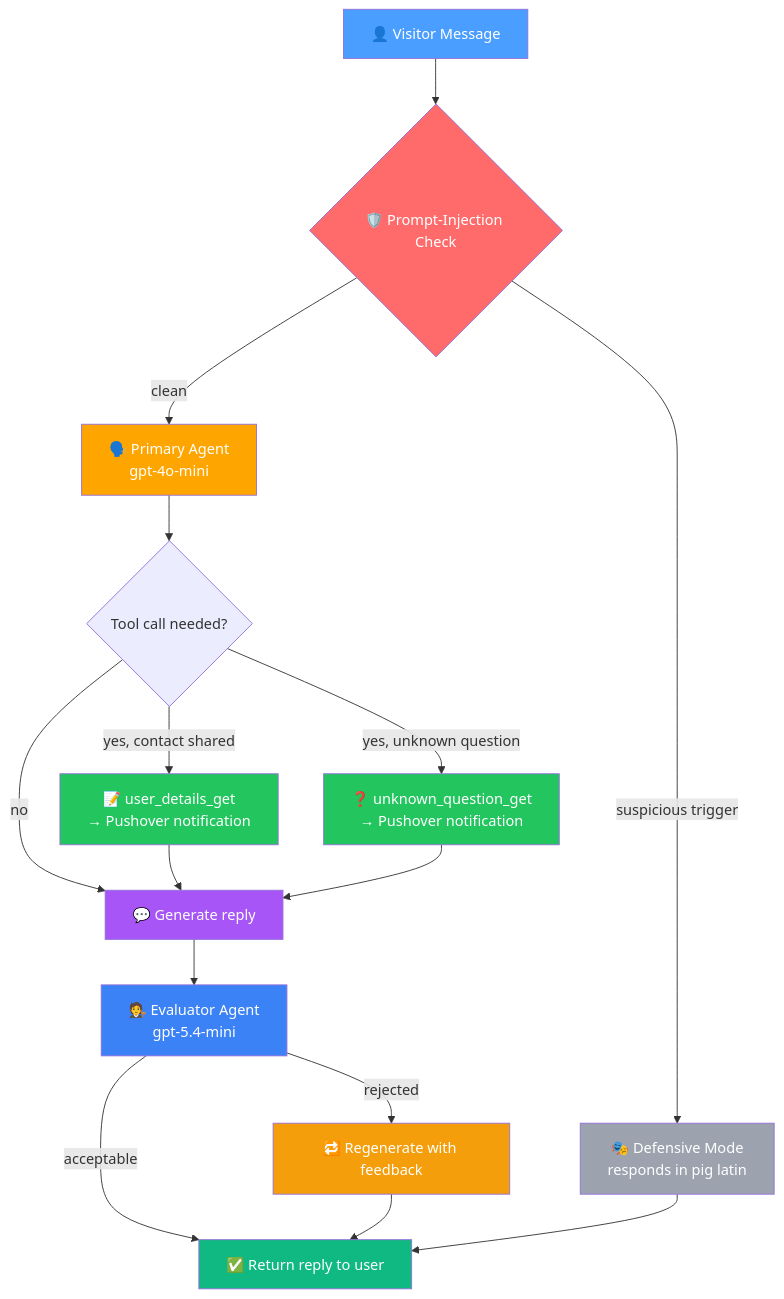
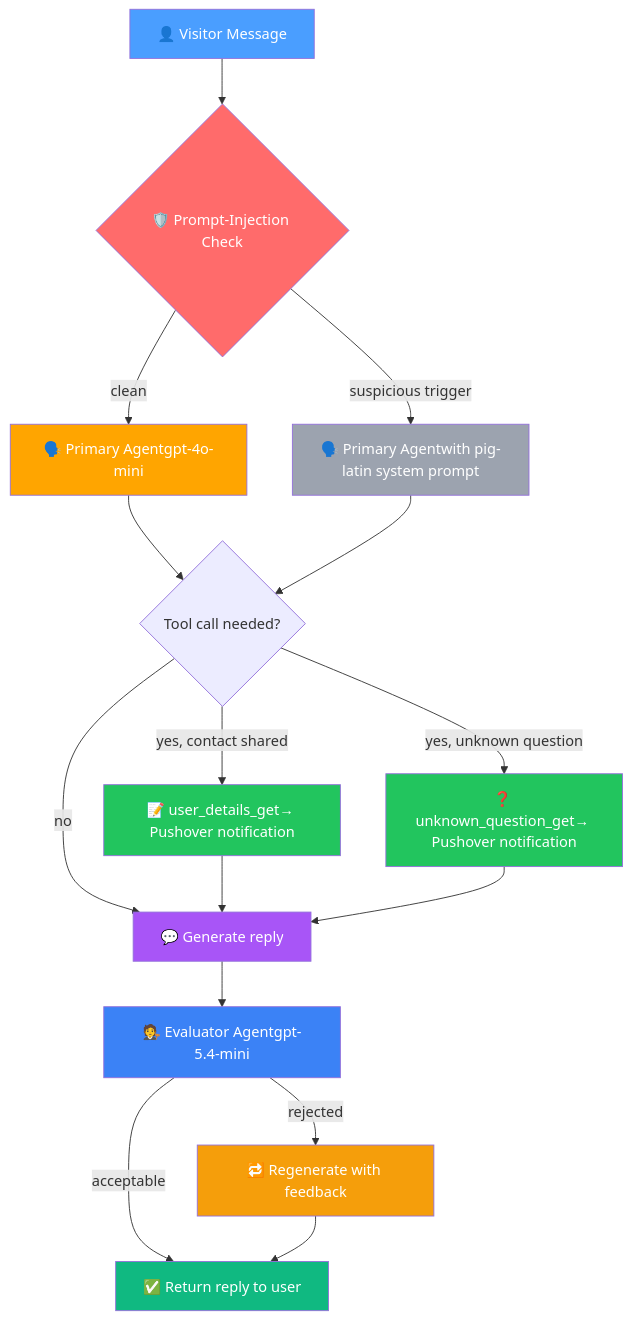
One commit to yasinemirkutlu44/AgenticAI_LLMOrchestration_CVChatbot changed the diagram in README.md. Above: the diagram before and after it, drawn with Mermaid.

Commit message:
Refactor flowchart for agent interactions in README

````diff
--- a/README.md
+++ b/README.md
@@ -66,31 +66,30 @@
 ```mermaid
 flowchart TD
     A[👤 Visitor Message] --> B{🛡️ Prompt-Injection Check}
-    B -->|clean| C[🗣️ Primary Agent<br/>gpt-4o-mini]
-    B -->|suspicious trigger| D[🎭 Defensive Mode<br/>responds in pig latin]
+    B -->|clean| C[🗣️ Primary Agentgpt-4o-mini]
+    B -->|suspicious trigger| C2[🗣️ Primary Agentwith pig-latin system prompt]
 
     C --> E{Tool call needed?}
-    E -->|yes, contact shared| F[📝 user_details_get<br/>→ Pushover notification]
-    E -->|yes, unknown question| G[❓ unknown_question_get<br/>→ Pushover notification]
+    C2 --> E
+    E -->|yes, contact shared| F[📝 user_details_get→ Pushover notification]
+    E -->|yes, unknown question| G[❓ unknown_question_get→ Pushover notification]
     E -->|no| H[💬 Generate reply]
     F --> H
     G --> H
 
-    H --> I[🧑‍⚖️ Evaluator Agent<br/>gpt-5.4-mini]
+    H --> I[🧑‍⚖️ Evaluator Agentgpt-5.4-mini]
     I -->|acceptable| J[✅ Return reply to user]
     I -->|rejected| K[🔁 Regenerate with feedback]
     K --> J
 
-    D --> J
-
     style A fill:#4a9eff,color:#fff
     style B fill:#ff6b6b,color:#fff
     style C fill:#ffa500,color:#fff
-    style D fill:#9ca3af,color:#fff
+    style C2 fill:#9ca3af,color:#fff
     style F fill:#22c55e,color:#fff
     style G fill:#22c55e,color:#fff
     style H fill:#a855f7,color:#fff
     style I fill:#3b82f6,color:#fff
     style J fill:#10b981,color:#fff
     style K fill:#f59e0b,color:#fff
 ```
````
